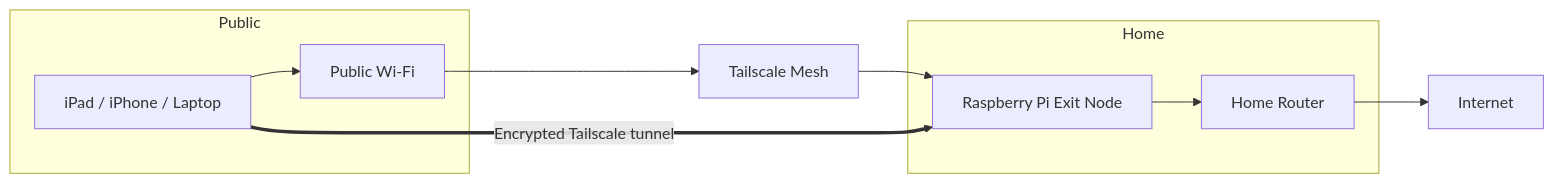
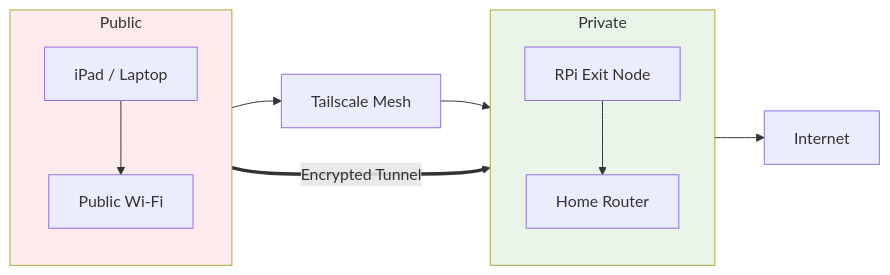
Before and after one commit to natonet-labs/tailscale-pi-exit-node: the diagram in GUIDE_TAILSCALE_EXIT_NODE.md, drawn with Mermaid.

Commit message:
docs: add color code

````diff
--- a/GUIDE_TAILSCALE_EXIT_NODE.md
+++ b/GUIDE_TAILSCALE_EXIT_NODE.md
@@ -9,13 +9,20 @@
 ```mermaid
 flowchart LR
   subgraph Public_Network[Public]
+    direction TB
     W[Public Wi-Fi]
-    D[iPad / iPhone / Laptop]
+    D[iPad / Laptop]
   end
-  subgraph Home_Network[Home]
+  subgraph Home_Network[Private]
+    direction TB
     R[Home Router]
-    P[Raspberry Pi Exit Node]
+    P[RPi Exit Node]
   end
   D --> W --> T[Tailscale Mesh] --> P --> R --> I[Internet]
-  D ==>|Encrypted Tailscale tunnel| P
+  D ==>|Encrypted Tunnel| P
+
+classDef public fill:#ffebee
+classDef private fill:#e8f5e8
+class Public_Network public
+class Home_Network private
 ```
````
